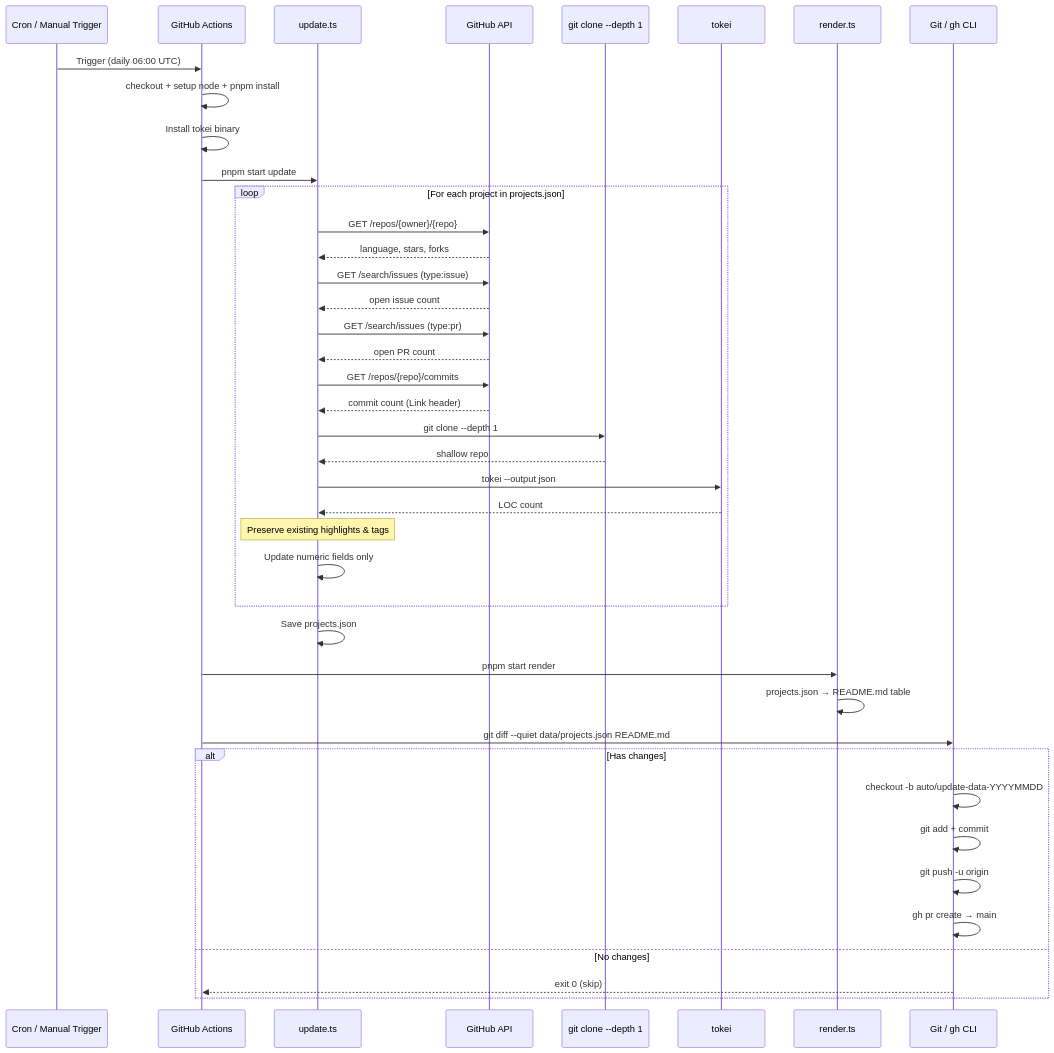
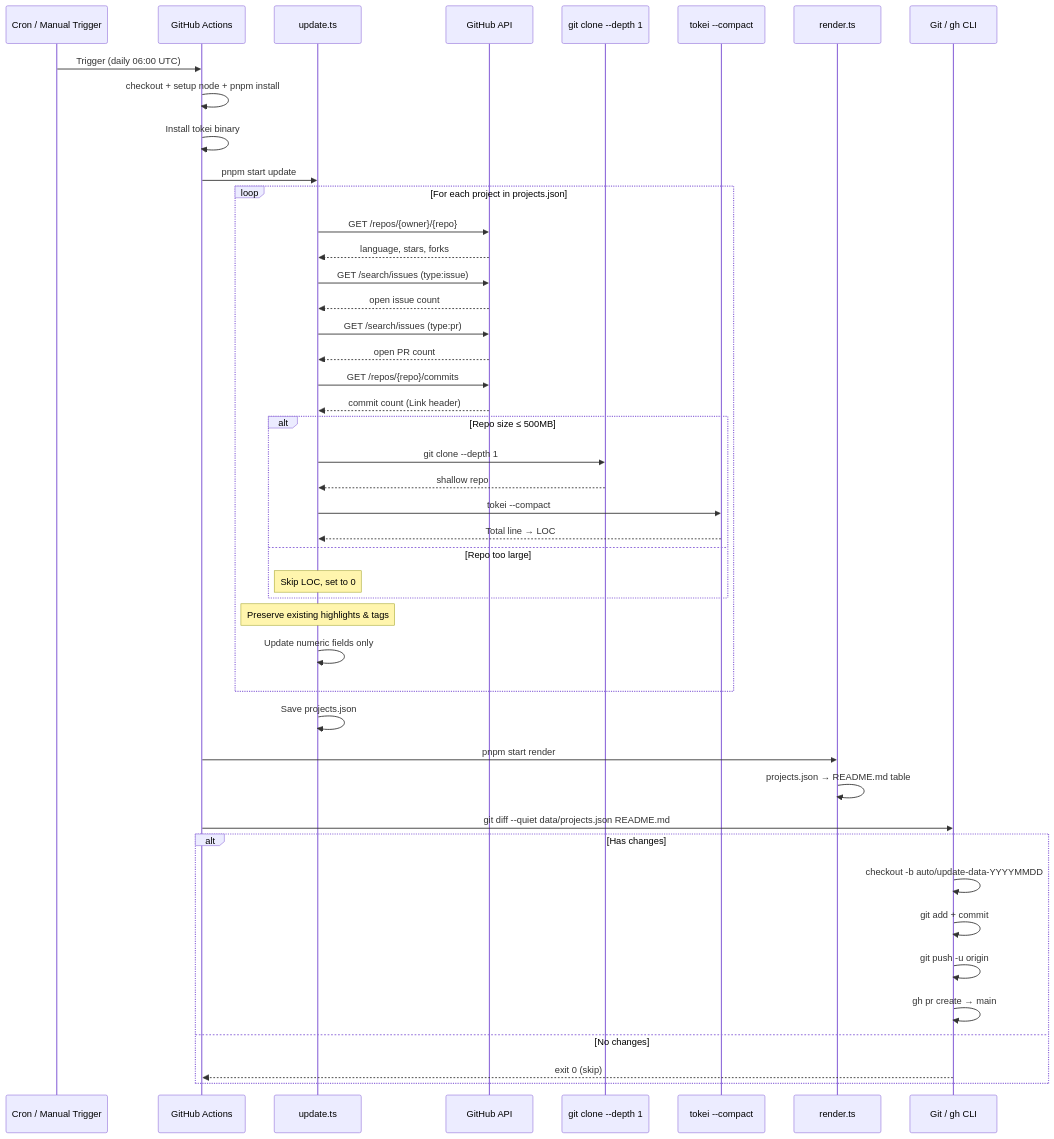
Before and after one commit to kv-chiu/clawclaw: the first of 3 diagrams in docs/workflow-sequence.md, drawn with Mermaid. The commit also changed other lines of this file, not shown here.

Commit message:
docs: update sequence chart

````diff
--- a/docs/workflow-sequence.md
+++ b/docs/workflow-sequence.md
@@ -5,54 +5,58 @@
 ```mermaid
 sequenceDiagram
     participant Cron as Cron / Manual Trigger
     participant GHA as GitHub Actions
     participant Script as update.ts
     participant GH_API as GitHub API
     participant Clone as git clone --depth 1
-    participant Tokei as tokei
+    participant Tokei as tokei --compact
     participant Render as render.ts
     participant Git as Git / gh CLI
 
     Cron->>GHA: Trigger (daily 06:00 UTC)
     GHA->>GHA: checkout + setup node + pnpm install
     GHA->>GHA: Install tokei binary
 
     GHA->>Script: pnpm start update
 
     loop For each project in projects.json
         Script->>GH_API: GET /repos/{owner}/{repo}
         GH_API-->>Script: language, stars, forks
 
         Script->>GH_API: GET /search/issues (type:issue)
         GH_API-->>Script: open issue count
 
         Script->>GH_API: GET /search/issues (type:pr)
         GH_API-->>Script: open PR count
 
         Script->>GH_API: GET /repos/{repo}/commits
         GH_API-->>Script: commit count (Link header)
 
-        Script->>Clone: git clone --depth 1
-        Clone-->>Script: shallow repo
-        Script->>Tokei: tokei --output json
-        Tokei-->>Script: LOC count
+        alt Repo size ≤ 500MB
+            Script->>Clone: git clone --depth 1
+            Clone-->>Script: shallow repo
+            Script->>Tokei: tokei --compact
+            Tokei-->>Script: Total line → LOC
+        else Repo too large
+            Note over Script: Skip LOC, set to 0
+        end
 
         Note over Script: Preserve existing highlights & tags
         Script->>Script: Update numeric fields only
     end
 
     Script->>Script: Save projects.json
 
     GHA->>Render: pnpm start render
     Render->>Render: projects.json → README.md table
 
     GHA->>Git: git diff --quiet data/projects.json README.md
     alt Has changes
         Git->>Git: checkout -b auto/update-data-YYYYMMDD
         Git->>Git: git add + commit
         Git->>Git: git push -u origin
         Git->>Git: gh pr create → main
     else No changes
         Git-->>GHA: exit 0 (skip)
     end
 ```
````
